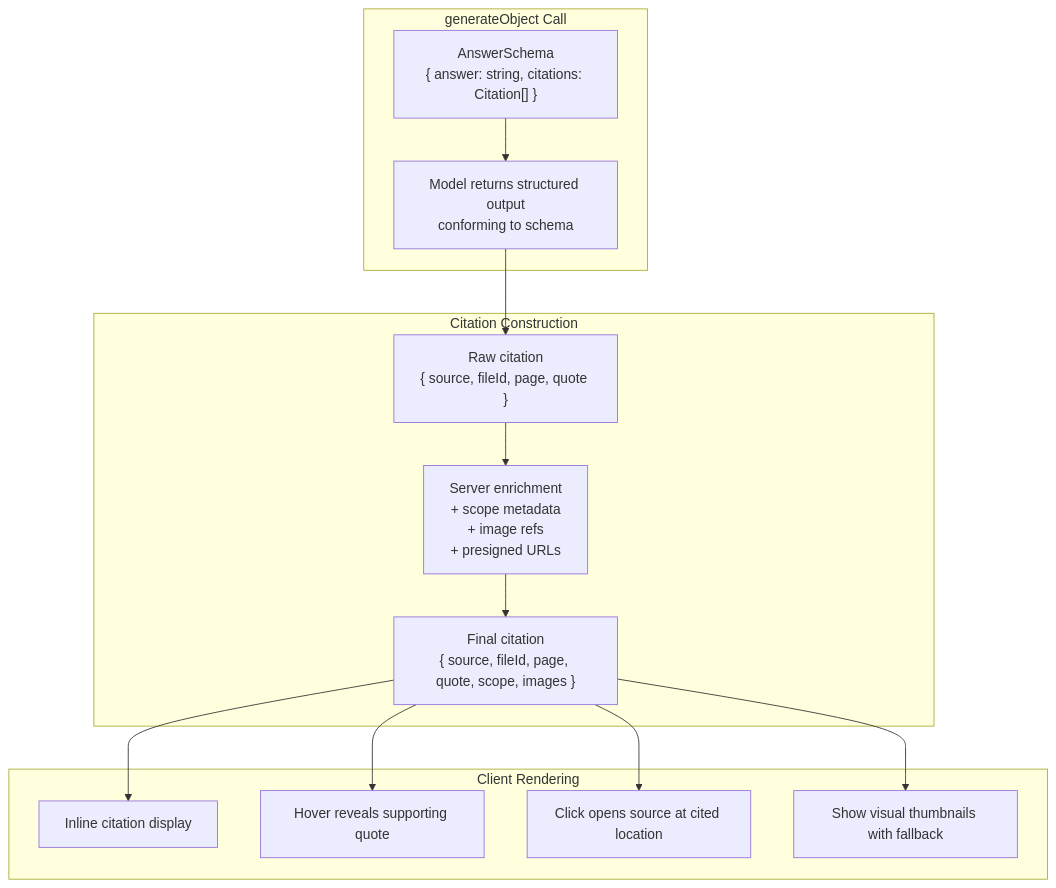
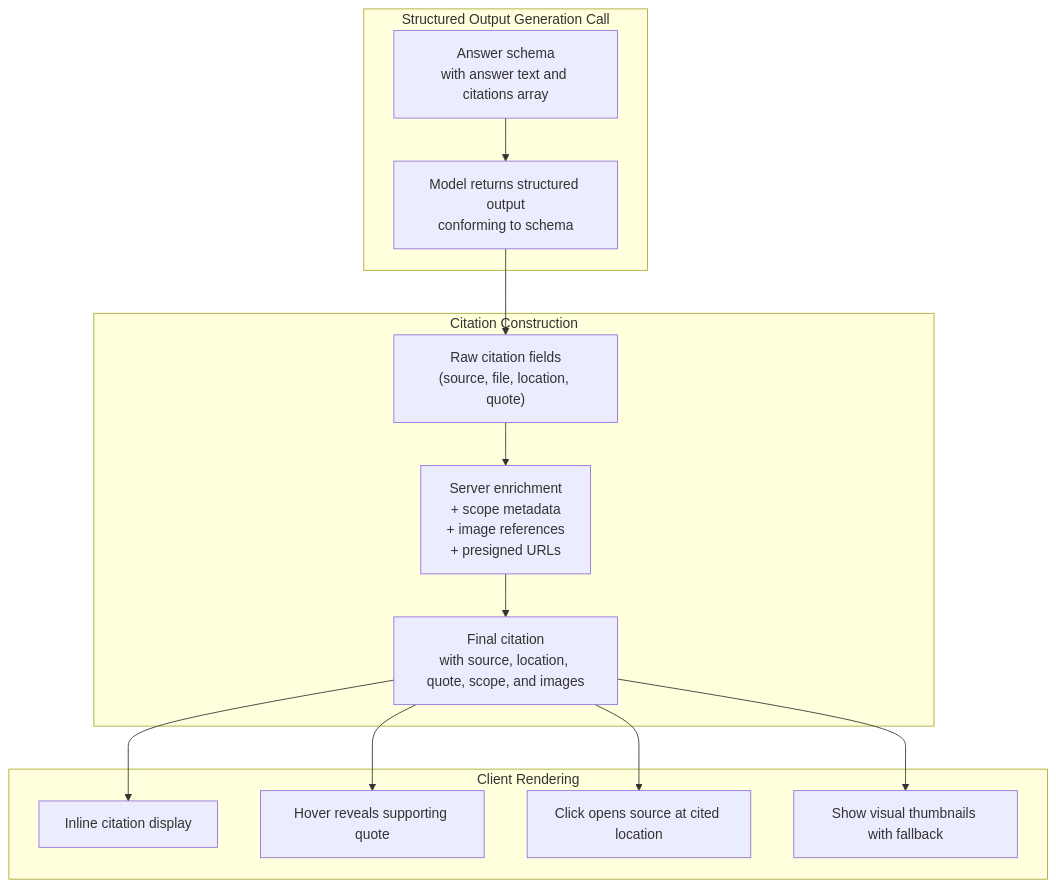
Diagram 13 of 29 in plan/09-retrieval.md (1qh/safeagent), drawn with Mermaid before and after one commit. The commit also changed other lines of this file and 18 other files, not shown here.

````diff
--- a/plan/09-retrieval.md
+++ b/plan/09-retrieval.md
@@ -517,25 +517,25 @@
 ```mermaid
 flowchart TD
-    subgraph STRUCTURED_GENERATION["generateObject Call"]
-        OUTPUT_SCHEMA["AnswerSchema\n{ answer: string, citations: Citation[] }"]
+    subgraph STRUCTURED_GENERATION["Structured Output Generation Call"]
+        OUTPUT_SCHEMA["Answer schema\nwith answer text and citations array"]
         MODEL_OUTPUT["Model returns structured output\nconforming to schema"]
         OUTPUT_SCHEMA --> MODEL_OUTPUT
     end
 
     subgraph CITATION_ENRICHMENT["Citation Construction"]
-        RAW_CITATION["Raw citation\n{ source, fileId, page, quote }"]
-        ENRICH_CITATION["Server enrichment\n+ scope metadata\n+ image refs\n+ presigned URLs"]
-        FINAL_CITATION["Final citation\n{ source, fileId, page, quote, scope, images }"]
+        RAW_CITATION["Raw citation fields\n(source, file, location, quote)"]
+        ENRICH_CITATION["Server enrichment\n+ scope metadata\n+ image references\n+ presigned URLs"]
+        FINAL_CITATION["Final citation\nwith source, location, quote, scope, and images"]
         RAW_CITATION --> ENRICH_CITATION --> FINAL_CITATION
     end
 
     subgraph CLIENT_RENDER["Client Rendering"]
         INLINE_RENDER["Inline citation display"]
         HOVER_QUOTE["Hover reveals supporting quote"]
         CLICK_NAV["Click opens source at cited location"]
         IMAGE_THUMBS["Show visual thumbnails with fallback"]
     end
 
     MODEL_OUTPUT --> RAW_CITATION
     FINAL_CITATION --> INLINE_RENDER & HOVER_QUOTE & CLICK_NAV & IMAGE_THUMBS
 ```
````
